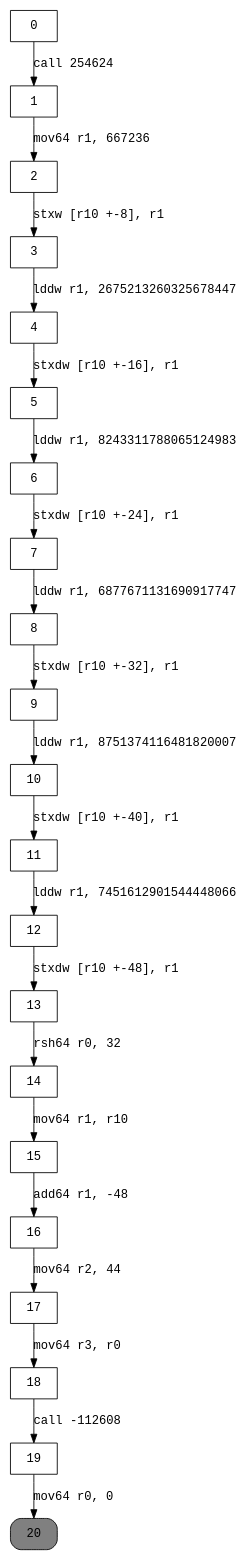
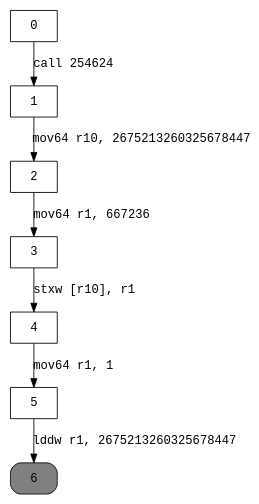
One commit to XicoCorreia/Information-Flow-Analysis-Thesis changed the diagram in ebpfPrograms/graphs/simplePrint.dot. Above: the diagram before and after it, drawn with Graphviz. The commit also changed 2 other files, not shown here.

```diff
--- a/ebpfPrograms/graphs/simplePrint.dot
+++ b/ebpfPrograms/graphs/simplePrint.dot
@@ -1,26 +1,12 @@
 digraph cfg { 
 node [fontname="monospace"];
 node [shape=box];
 edge [fontname="monospace"];
   0 -> 1 [label="call 254624"];
-  1 -> 2 [label="mov64 r1, 667236"];
-  2 -> 3 [label="stxw [r10 +-8], r1"];
-  3 -> 4 [label="lddw r1, 2675213260325678447"];
-  4 -> 5 [label="stxdw [r10 +-16], r1"];
-  5 -> 6 [label="lddw r1, 8243311788065124983"];
-  6 -> 7 [label="stxdw [r10 +-24], r1"];
-  7 -> 8 [label="lddw r1, 6877671131690917747"];
-  8 -> 9 [label="stxdw [r10 +-32], r1"];
-  9 -> 10 [label="lddw r1, 8751374116481820007"];
-  10 -> 11 [label="stxdw [r10 +-40], r1"];
-  11 -> 12 [label="lddw r1, 7451612901544448066"];
-  12 -> 13 [label="stxdw [r10 +-48], r1"];
-  13 -> 14 [label="rsh64 r0, 32"];
-  14 -> 15 [label="mov64 r1, r10"];
-  15 -> 16 [label="add64 r1, -48"];
-  16 -> 17 [label="mov64 r2, 44"];
-  17 -> 18 [label="mov64 r3, r0"];
-  18 -> 19 [label="call -112608"];
-  19 -> 20 [label="mov64 r0, 0"];
-20 [style="rounded,filled",fillcolor=grey];
+  1 -> 2 [label="mov64 r10, 2675213260325678447"];
+  2 -> 3 [label="mov64 r1, 667236"];
+  3 -> 4 [label="stxw [r10], r1"];
+  4 -> 5 [label="mov64 r1, 1"];
+  5 -> 6 [label="lddw r1, 2675213260325678447"];
+6 [style="rounded,filled",fillcolor=grey];
 }
```
